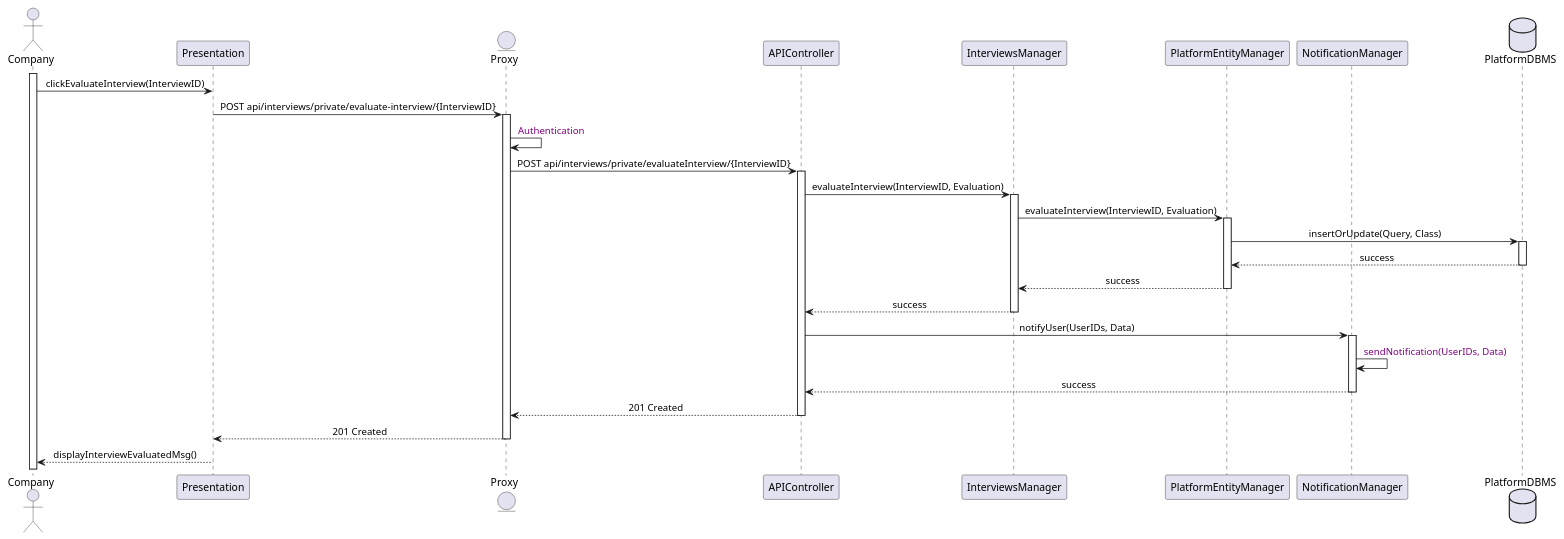
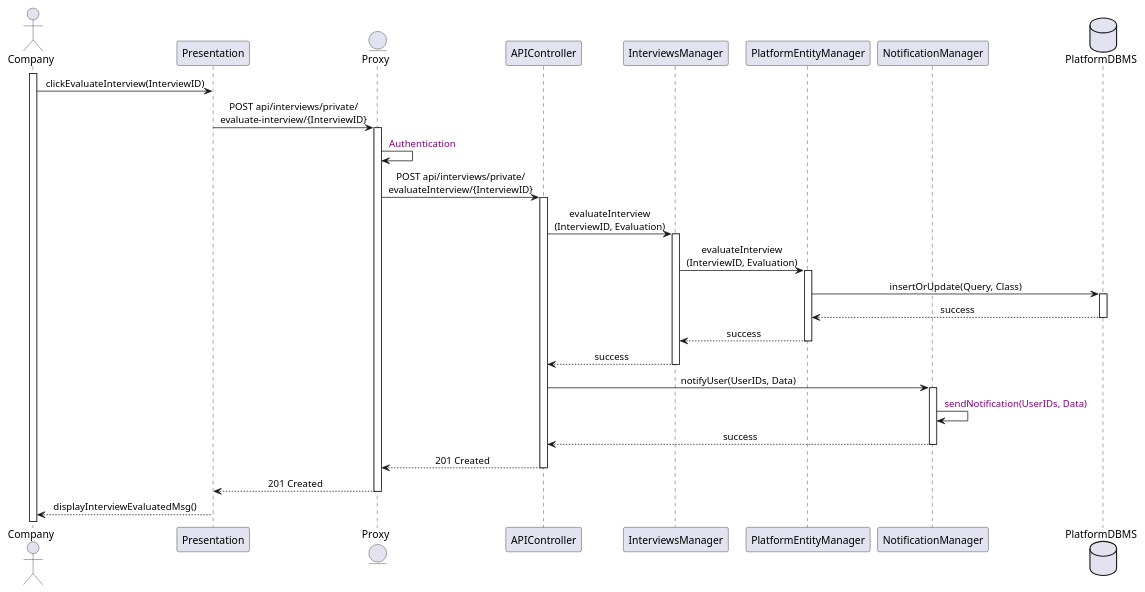
Before and after one commit to Slaitroc/RicciPaoliGrisoni: the diagram in Diagrams/SequenceDiagrams/DD/12CompanyEvaluatesInterview.wsd, drawn with PlantUML.

Commit message:
Update Company Evaluates Interview Sequence Diagram for improved readability in API call formatting

```diff
--- a/Diagrams/SequenceDiagrams/DD/12CompanyEvaluatesInterview.wsd
+++ b/Diagrams/SequenceDiagrams/DD/12CompanyEvaluatesInterview.wsd
@@ -1,42 +1,42 @@
 @startuml CompanyEvaluatesInterview
 skinparam sequenceMessageAlign center
 actor       Company
 participant Presentation
 entity      Proxy
 participant APIController
 participant InterviewsManager
 participant PlatformEntityManager
 participant NotificationManager 
 database    PlatformDBMS
 
 activate Company
 Company -> Presentation : clickEvaluateInterview(InterviewID)
-Presentation -> Proxy : POST api/interviews/private/evaluate-interview/{InterviewID}
+Presentation -> Proxy : POST api/interviews/private/\nevaluate-interview/{InterviewID}
 activate Proxy
 Proxy -> Proxy : <color:purple> Authentication
-Proxy -> APIController : POST api/interviews/private/evaluateInterview/{InterviewID}
+Proxy -> APIController : POST api/interviews/private/\nevaluateInterview/{InterviewID}
 activate APIController
-APIController -> InterviewsManager : evaluateInterview(InterviewID, Evaluation)
+APIController -> InterviewsManager : evaluateInterview\n(InterviewID, Evaluation)
 activate InterviewsManager
-InterviewsManager -> PlatformEntityManager : evaluateInterview(InterviewID, Evaluation)
+InterviewsManager -> PlatformEntityManager : evaluateInterview\n(InterviewID, Evaluation)
 activate PlatformEntityManager
 PlatformEntityManager -> PlatformDBMS : insertOrUpdate(Query, Class)
 activate PlatformDBMS
 PlatformDBMS --> PlatformEntityManager : success
 deactivate PlatformDBMS
 PlatformEntityManager --> InterviewsManager : success
 deactivate PlatformEntityManager
 InterviewsManager --> APIController : success
 deactivate InterviewsManager
 APIController -> NotificationManager : notifyUser(UserIDs, Data)
 activate NotificationManager
 NotificationManager -> NotificationManager : <color:purple> sendNotification(UserIDs, Data)
 NotificationManager --> APIController : success
 deactivate NotificationManager
 APIController --> Proxy : 201 Created
 deactivate APIController
 Proxy --> Presentation : 201 Created
 deactivate Proxy
 Presentation --> Company : displayInterviewEvaluatedMsg()
 deactivate Presentation
 @enduml
```
